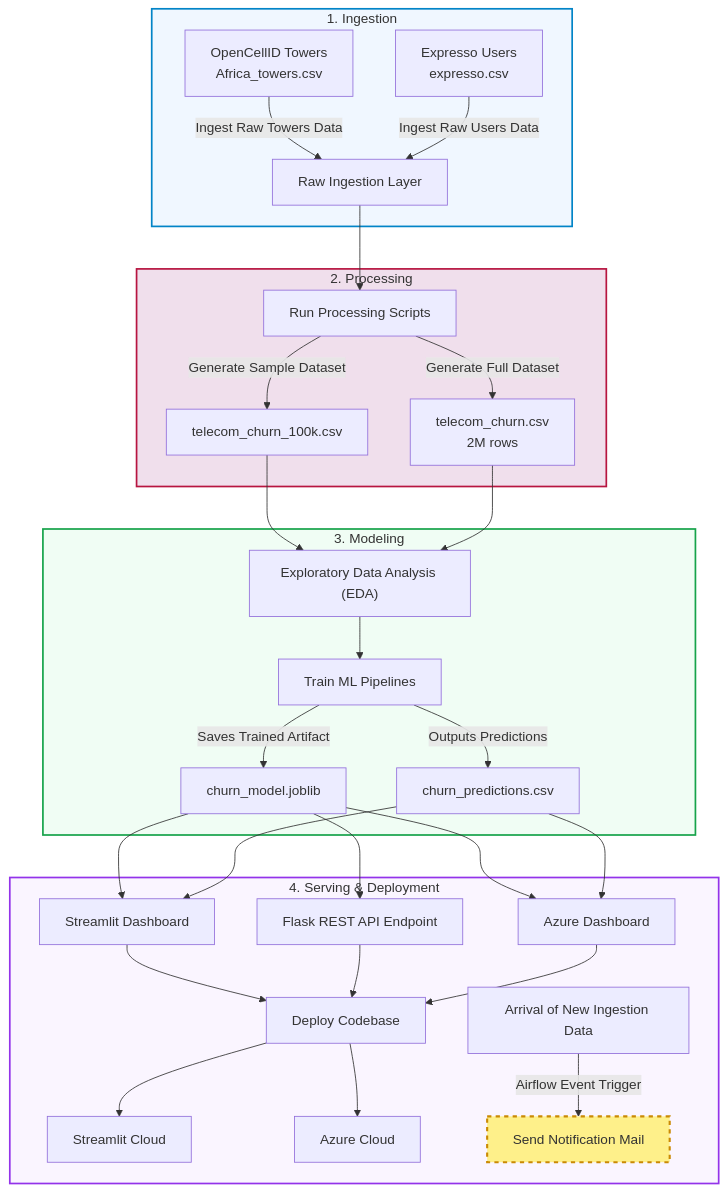
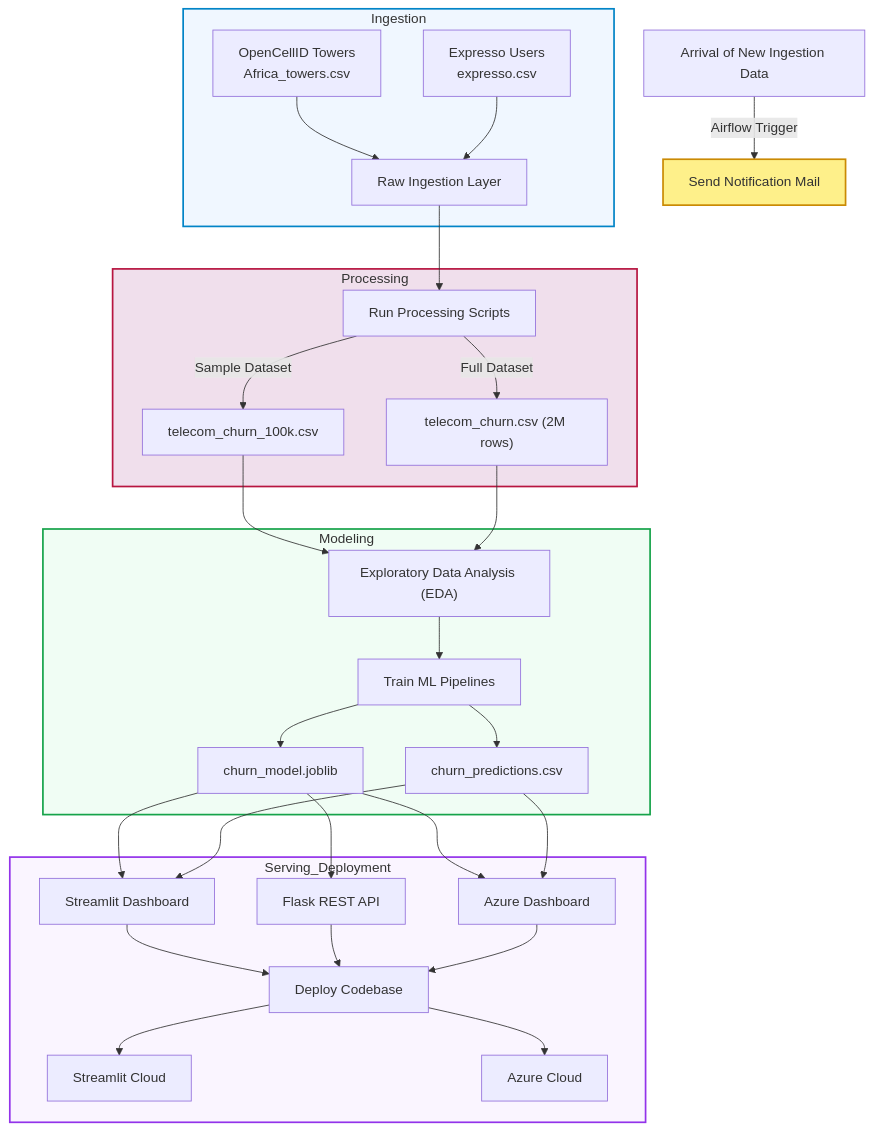
One commit to aymanibrahim/telecom_churn_pipeline changed the diagram in README.md. Above: the diagram before and after it, drawn with Mermaid. The commit also changed other lines of this file, not shown here.

Commit message:
Add LICENSE link

````diff
--- a/README.md
+++ b/README.md
@@ -351,69 +347,70 @@
 ```mermaid
-graph TD
+flowchart TD
 
-    subgraph Ingestion["1. Ingestion"]
-        A["OpenCellID Towers\nAfrica_towers.csv"]
-        B["Expresso Users\nexpresso.csv"]
+    subgraph Ingestion
+        A["OpenCellID Towers<br>Africa_towers.csv"]
+        B["Expresso Users<br>expresso.csv"]
         C["Raw Ingestion Layer"]
 
-        A -->|Ingest Raw Towers Data| C
-        B -->|Ingest Raw Users Data| C
+        A --> C
+        B --> C
     end
 
-    subgraph Processing["2. Processing"]
+    subgraph Processing
         D["Run Processing Scripts"]
         E["telecom_churn_100k.csv"]
-        F["telecom_churn.csv\n2M rows"]
+        F["telecom_churn.csv (2M rows)"]
 
         C --> D
-        D -->|Generate Sample Dataset| E
-        D -->|Generate Full Dataset| F
+        D -->|Sample Dataset| E
+        D -->|Full Dataset| F
     end
 
-    subgraph Modeling["3. Modeling"]
+    subgraph Modeling
         G["Exploratory Data Analysis (EDA)"]
         H["Train ML Pipelines"]
         I["churn_model.joblib"]
         J["churn_predictions.csv"]
 
         E --> G
         F --> G
         G --> H
-        H -->|Saves Trained Artifact| I
-        H -->|Outputs Predictions| J
+        H --> I
+        H --> J
     end
 
-    subgraph Serving["4. Serving & Deployment"]
+    subgraph Serving_Deployment
         K["Streamlit Dashboard"]
-        M["Flask REST API Endpoint"]
+        M["Flask REST API"]
         P["Azure Dashboard"]
         R["Deploy Codebase"]
         L["Streamlit Cloud"]
         Q["Azure Cloud"]
-        N["Arrival of New Ingestion Data"]
-        O["Send Notification Mail"]
 
         I --> K
         J --> K
 
         I --> M
 
         I --> P
         J --> P
 
         K --> R
         M --> R
         P --> R
 
         R --> L
         R --> Q
+    end
 
-        N -->|Airflow Event Trigger| O
-    end
+    N["Arrival of New Ingestion Data"]
+    O["Send Notification Mail"]
+
+    N -->|Airflow Trigger| O
 
     style Ingestion fill:#f0f7ff,stroke:#0284c7,stroke-width:2px
     style Processing fill:#f0dfec,stroke:#b71540,stroke-width:2px
     style Modeling fill:#f0fdf4,stroke:#16a34a,stroke-width:2px
-    style Serving fill:#faf5ff,stroke:#9333ea,stroke-width:2px
-    style O fill:#fef08a,stroke:#ca8a04,stroke-width:2.5px,stroke-dasharray: 5 5
+    style Serving_Deployment fill:#faf5ff,stroke:#9333ea,stroke-width:2px
+    style O fill:#fef08a,stroke:#ca8a04,stroke-width:2px
 ```
````
